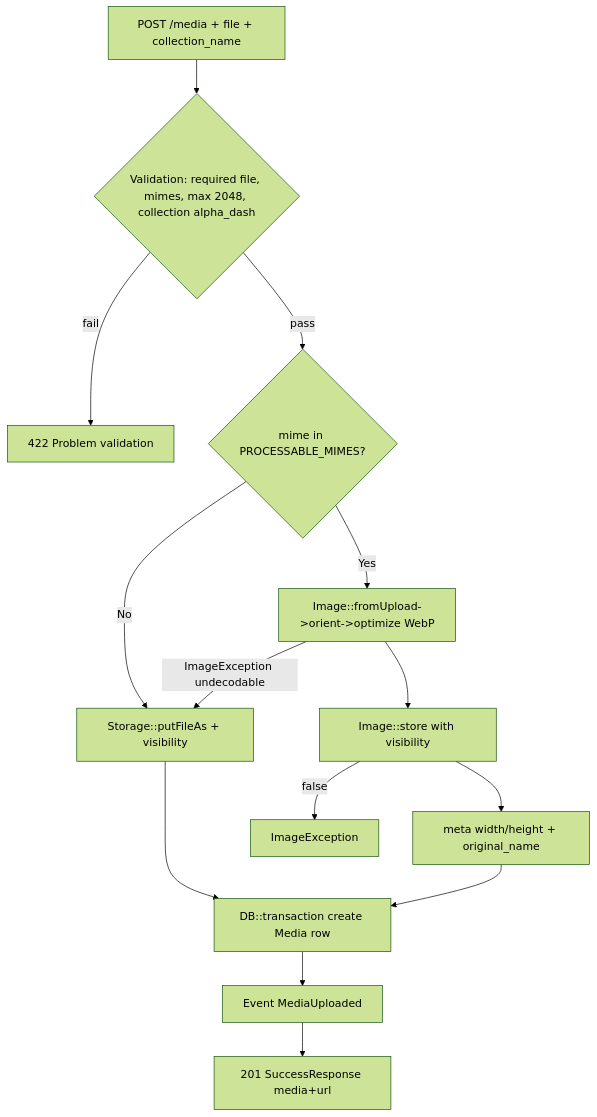
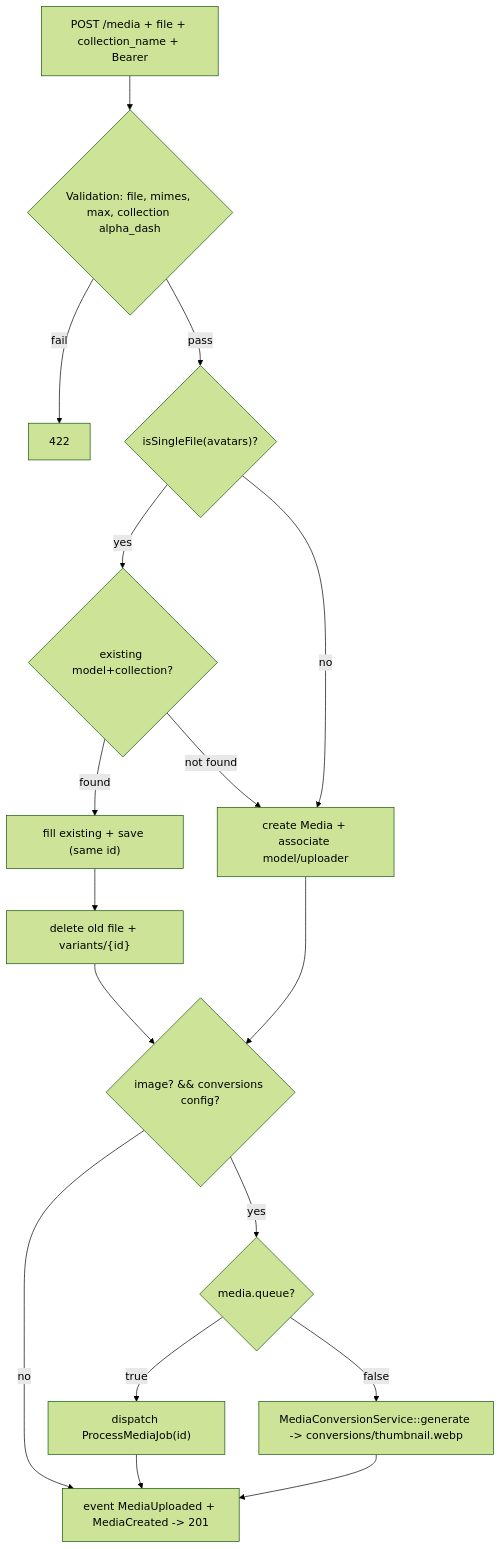
Before and after one commit to thomiOmi/laravel-starterkit-api: the second of 5 diagrams in modules/Media/README.md, drawn with Mermaid (forest theme). The commit also changed other lines of this file and 8 other files, not shown here.

````diff
--- a/modules/Media/README.md
+++ b/modules/Media/README.md
@@ -74,16 +115,19 @@
 ```mermaid
 flowchart TD
-    Req["POST /media + file + collection_name"] --> Val{"Validation: required file, mimes, max 2048, collection alpha_dash"}
-    Val -- "fail" --> N422["422 Problem validation"]
-    Val -- "pass" --> Mime{"mime in PROCESSABLE_MIMES?"}
-    Mime -- "No" --> Raw["Storage::putFileAs + visibility"]
-    Mime -- "Yes" --> Img["Image::fromUpload->orient->optimize WebP"]
-    Img -- "ImageException undecodable" --> Raw
-    Img --> Store["Image::store with visibility"]
-    Store -- "false" --> Err["ImageException"]
-    Raw --> Persist
-    Store --> Meta["meta width/height + original_name"]
-    Meta --> Persist["DB::transaction create Media row"]
-    Persist --> Event["Event MediaUploaded"]
-    Event --> Resp["201 SuccessResponse media+url"]
+    Req["POST /media + file + collection_name + Bearer"] --> Val{"Validation: file, mimes, max, collection alpha_dash"}
+    Val -- fail --> N422["422"]
+    Val -- pass --> Single{"isSingleFile(avatars)?"}
+    Single -- yes --> Find{"existing model+collection?"}
+    Find -- found --> Upd["fill existing + save (same id)"]
+    Upd --> CleanOld["delete old file + variants/{id}"]
+    CleanOld --> Conv
+    Find -- not found --> Create["create Media + associate model/uploader"]
+    Single -- no --> Create
+    Create --> Conv{"image? && conversions config?"}
+    Conv -- no --> Event["event MediaUploaded + MediaCreated -> 201"]
+    Conv -- yes --> Q{"media.queue?"}
+    Q -- true --> Job["dispatch ProcessMediaJob(id)"]
+    Q -- false --> Sync["MediaConversionService::generate -> conversions/thumbnail.webp"]
+    Job --> Event
+    Sync --> Event
 ```
````
